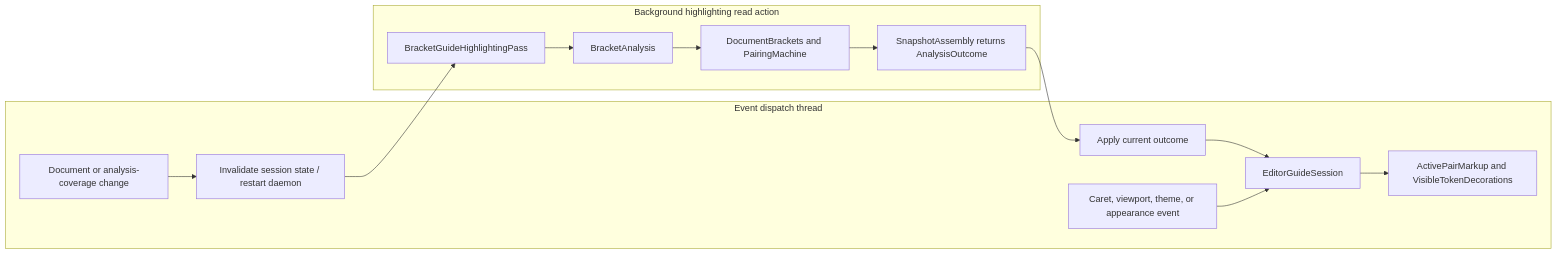
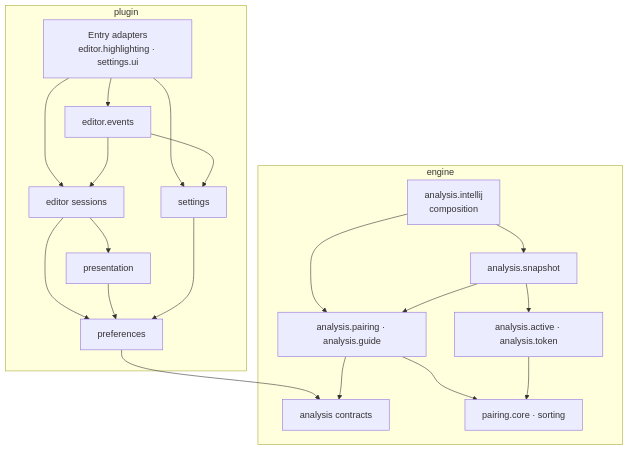
One commit to YangSiJun528/bracket-pair-guides changed the diagram in docs/explanation_architecture.md. Above: the diagram before and after it, drawn with Mermaid. The commit also changed other lines of this file and 18 other files, not shown here.

Commit message:
Guard one-way architecture boundaries

````diff
--- a/docs/explanation_architecture.md
+++ b/docs/explanation_architecture.md
@@ -14,18 +14,39 @@
 ```mermaid
-flowchart LR
-    subgraph EDT["Event dispatch thread"]
-        A["Document or analysis-coverage change"] --> B["Invalidate session state / restart daemon"]
-        G["Apply current outcome"] --> H["EditorGuideSession"]
-        I["Caret, viewport, theme, or appearance event"] --> H
-        H --> J["ActivePairMarkup and VisibleTokenDecorations"]
+flowchart TB
+    subgraph Plugin["plugin"]
+        PE["Entry adapters<br/>editor.highlighting · settings.ui"]
+        EV["editor.events"]
+        ED["editor sessions"]
+        PR["presentation"]
+        ST["settings"]
+        PF["preferences"]
     end
 
-    subgraph BGT["Background highlighting read action"]
-        C["BracketGuideHighlightingPass"] --> D["BracketAnalysis"]
-        D --> E["DocumentBrackets and PairingMachine"]
-        E --> F["SnapshotAssembly returns AnalysisOutcome"]
+    subgraph Engine["engine"]
+        IJ["analysis.intellij<br/>composition"]
+        SN["analysis.snapshot"]
+        PA["analysis.pairing · analysis.guide"]
+        IX["analysis.active · analysis.token"]
+        API["analysis contracts"]
+        CORE["pairing.core · sorting"]
     end
 
-    B --> C
-    F --> G
+    PE --> EV
+    PE --> ED
+    PE --> ST
+    EV --> ED
+    EV --> ST
+    ED --> PR
+    ED --> PF
+    PR --> PF
+    ST --> PF
+    PF --> API
+
+    IJ --> SN
+    IJ --> PA
+    SN --> PA
+    SN --> IX
+    PA --> API
+    PA --> CORE
+    IX --> CORE
 ```
````
